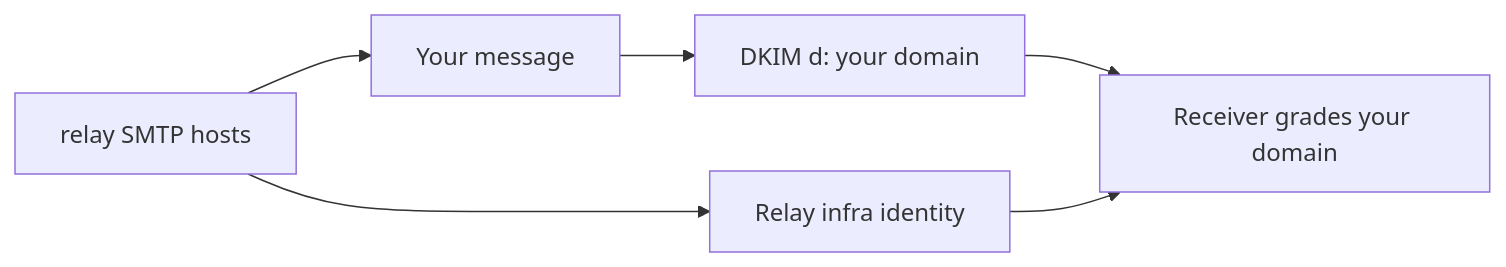
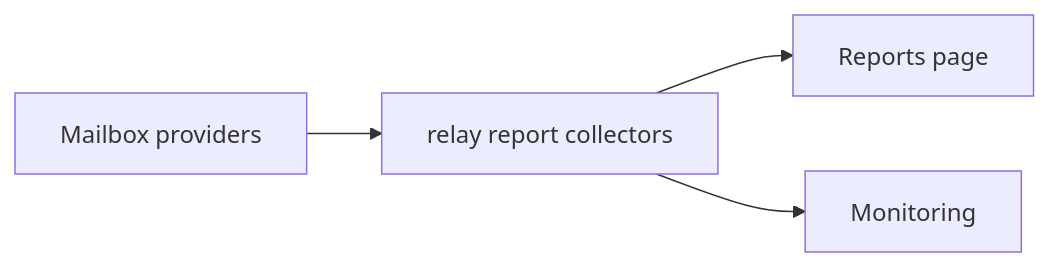
The diagram in docs/docs/reputation.md (relays-to/relay), drawn with Mermaid before and after one commit. The commit also changed other lines of this file and 19 other files, not shown here.

````diff
--- a/docs/docs/reputation.md
+++ b/docs/docs/reputation.md
@@ -25,8 +87,6 @@
 ```mermaid
-graph LR
-    A[relay SMTP hosts] --> B[Your message]
-    B --> C[DKIM d: your domain]
-    C --> D[Receiver grades your domain]
-    A --> E[Relay infra identity]
-    E --> D
+flowchart LR
+    A[Mailbox providers] --> B[relay report collectors]
+    B --> C[Reports page]
+    B --> D[Monitoring]
 ```
````
